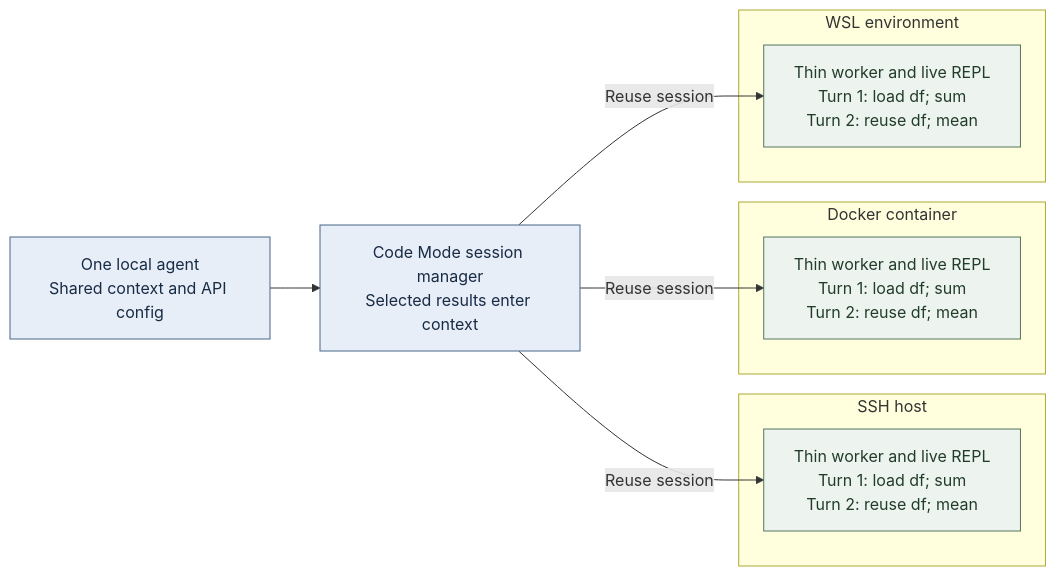
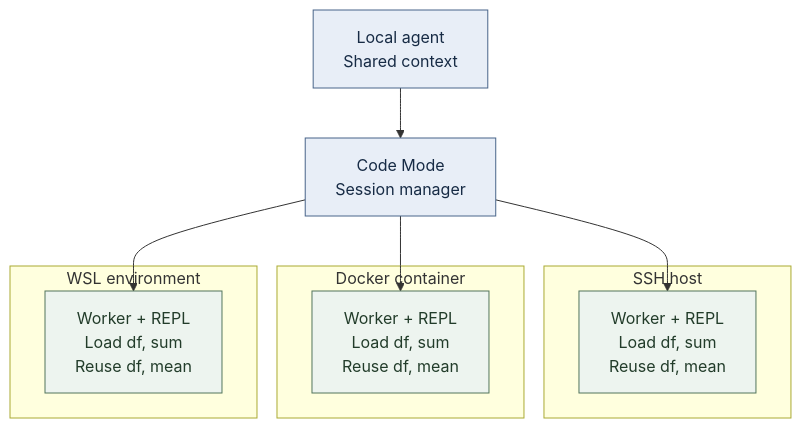
Before and after one commit to jay-waves/no-harness: the diagram in architecture.mmd, drawn with Mermaid. The commit also changed 17 other files, not shown here.

```diff
--- a/architecture.mmd
+++ b/architecture.mmd
@@ -1,18 +1,18 @@
-flowchart LR
-    A["One local agent<br/>Shared context and API config"] --> B["Code Mode session manager<br/>Selected results enter context"]
+flowchart TD
+    A["Local agent<br/>Shared context"] --> B["Code Mode<br/>Session manager"]
     subgraph SSH[SSH host]
-        S["Thin worker and live REPL<br/>Turn 1: load df; sum<br/>Turn 2: reuse df; mean"]
+        S["Worker + REPL<br/>Load df, sum<br/>Reuse df, mean"]
     end
     subgraph Docker[Docker container]
-        D["Thin worker and live REPL<br/>Turn 1: load df; sum<br/>Turn 2: reuse df; mean"]
+        D["Worker + REPL<br/>Load df, sum<br/>Reuse df, mean"]
     end
     subgraph WSL[WSL environment]
-        W["Thin worker and live REPL<br/>Turn 1: load df; sum<br/>Turn 2: reuse df; mean"]
+        W["Worker + REPL<br/>Load df, sum<br/>Reuse df, mean"]
     end
-    B -->|Reuse session| S
-    B -->|Reuse session| D
-    B -->|Reuse session| W
+    B --> S
+    B --> D
+    B --> W
     classDef local fill:#e8eef7,stroke:#49658a,color:#172b45
     classDef runtime fill:#edf4ef,stroke:#52755d,color:#223c2a
     class A,B local
     class S,D,W runtime
```
